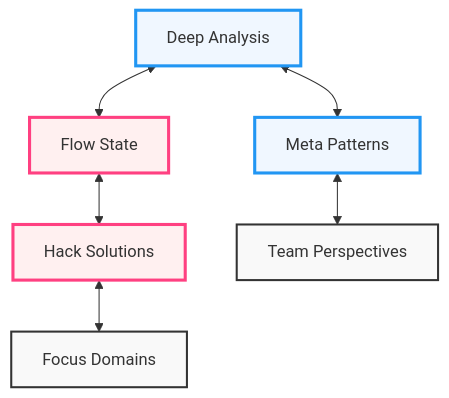
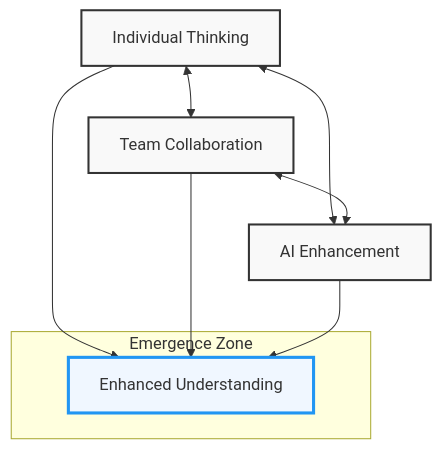
The second of 5 diagrams in README.md (phillipclapham/neuroweaver), drawn with Mermaid before and after one commit. The commit also changed other lines of this file, not shown here.

````diff
--- a/README.md
+++ b/README.md
@@ -547,15 +710,19 @@
 ```mermaid
 graph TD
-    D[Deep Analysis] <--> F[Flow State]
-    D <--> M[Meta Patterns]
-    F <--> H[Hack Solutions]
-    M <--> T[Team Perspectives]
-    H <--> FD[Focus Domains]
+    I[Individual Thinking] <--> T[Team Collaboration]
+    I <--> A[AI Enhancement]
+    T <--> A
+    
+    subgraph Emergence Zone
+    E[Enhanced Understanding]
+    end
+    
+    I --> E
+    T --> E
+    A --> E
     
     classDef default fill:#f9f9f9,stroke:#333,stroke-width:2px;
     classDef emergence fill:#f0f7ff,stroke:#2196f3,stroke-width:3px;
-    classDef flow fill:#fff0f0,stroke:#ff4081,stroke-width:3px;
     
-    class D,M emergence;
-    class F,H flow;
+    class E emergence
 ```
````
